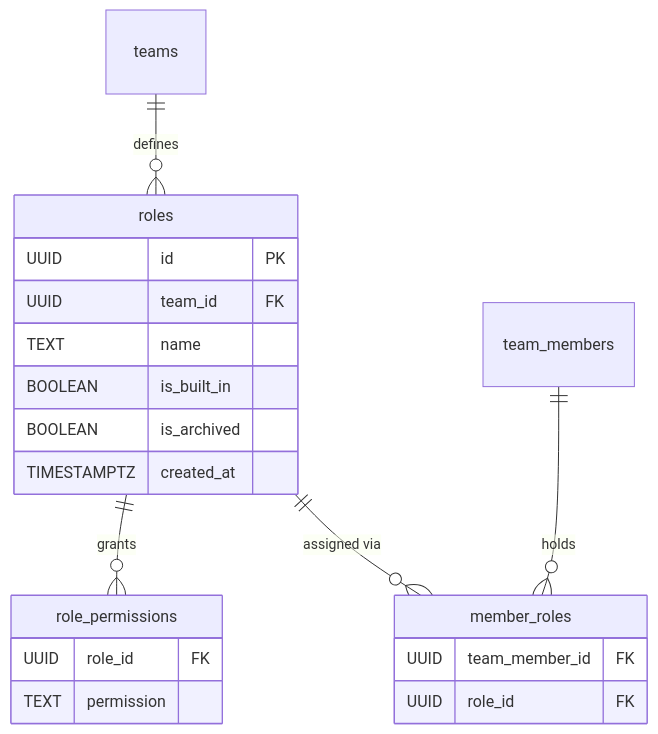
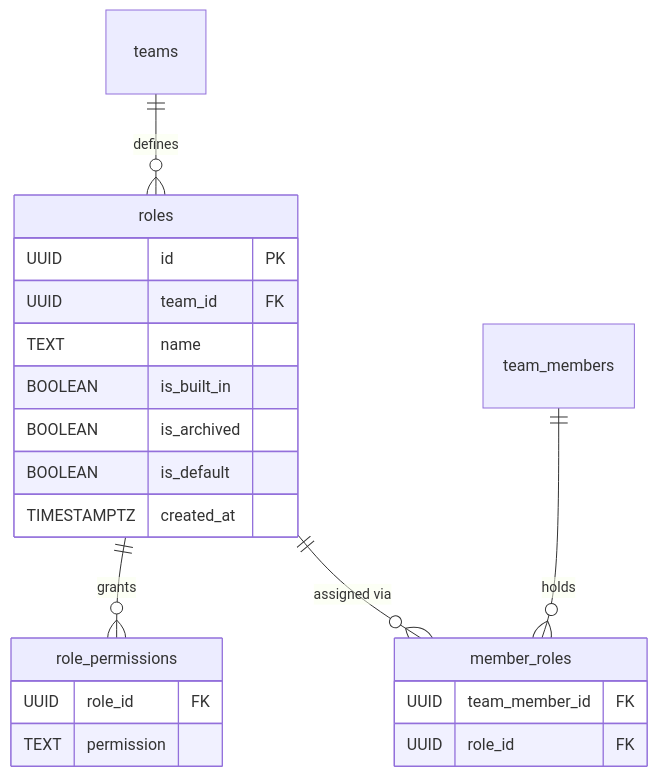
Before and after one commit to sideline-cz/sideline: the fourth of 23 diagrams in docs/thesis/er-diagram.md, drawn with Mermaid. The commit also changed other lines of this file and 103 other files, not shown here.

````diff
--- a/docs/thesis/er-diagram.md
+++ b/docs/thesis/er-diagram.md
@@ -363,26 +363,27 @@
 ```mermaid
 erDiagram
     roles {
         UUID id PK
         UUID team_id FK
         TEXT name
         BOOLEAN is_built_in
         BOOLEAN is_archived
+        BOOLEAN is_default
         TIMESTAMPTZ created_at
     }
 
     role_permissions {
         UUID role_id FK
         TEXT permission
     }
 
     member_roles {
         UUID team_member_id FK
         UUID role_id FK
     }
 
     teams ||--o{ roles : "defines"
     roles ||--o{ role_permissions : "grants"
     roles ||--o{ member_roles : "assigned via"
     team_members ||--o{ member_roles : "holds"
 ```
````
